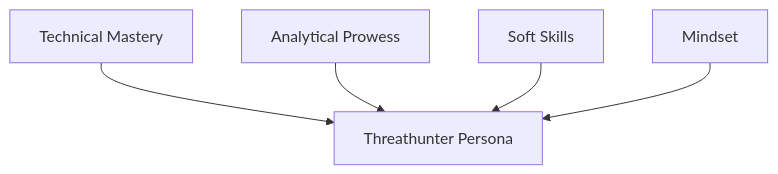
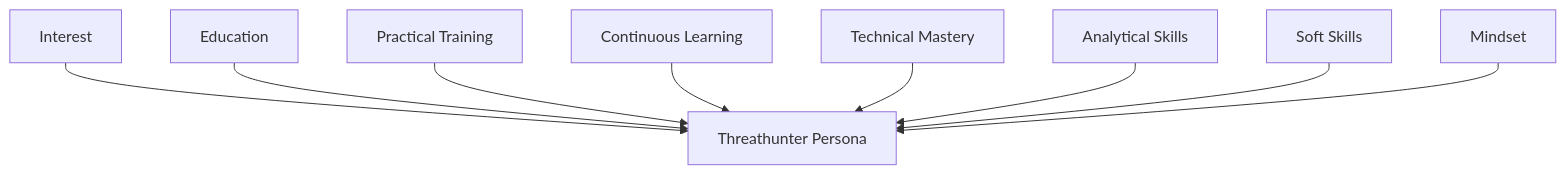
Before and after one commit to rjohnsen/threathunting-book: the fourth of 4 diagrams in content/part-1/introduction/the-threathunter-persona.md, drawn with Mermaid. The commit also changed other lines of this file, not shown here.

````diff
--- a/content/part-1/introduction/the-threathunter-persona.md
+++ b/content/part-1/introduction/the-threathunter-persona.md
@@ -226,12 +212,21 @@
 ```mermaid
 flowchart TD
-    A[Technical Mastery]
-    B[Analytical Prowess]
-    C[Soft Skills]
-    D[Mindset]
-    E[Threathunter Persona]
-    A --> E
-    B --> E
-    C --> E
-    D --> E
+    A["Interest"]
+    B["Education"]
+    C["Practical Training"]
+    D["Continuous Learning"]
+    E["Technical Mastery"]
+    F["Analytical Skills"]
+    G["Soft Skills"]
+    H["Mindset"]
+    I["Threathunter Persona"]
+
+    A --> I
+    B --> I
+    C --> I
+    D --> I
+    E --> I
+    F --> I
+    G --> I
+    H --> I
 ```
````
